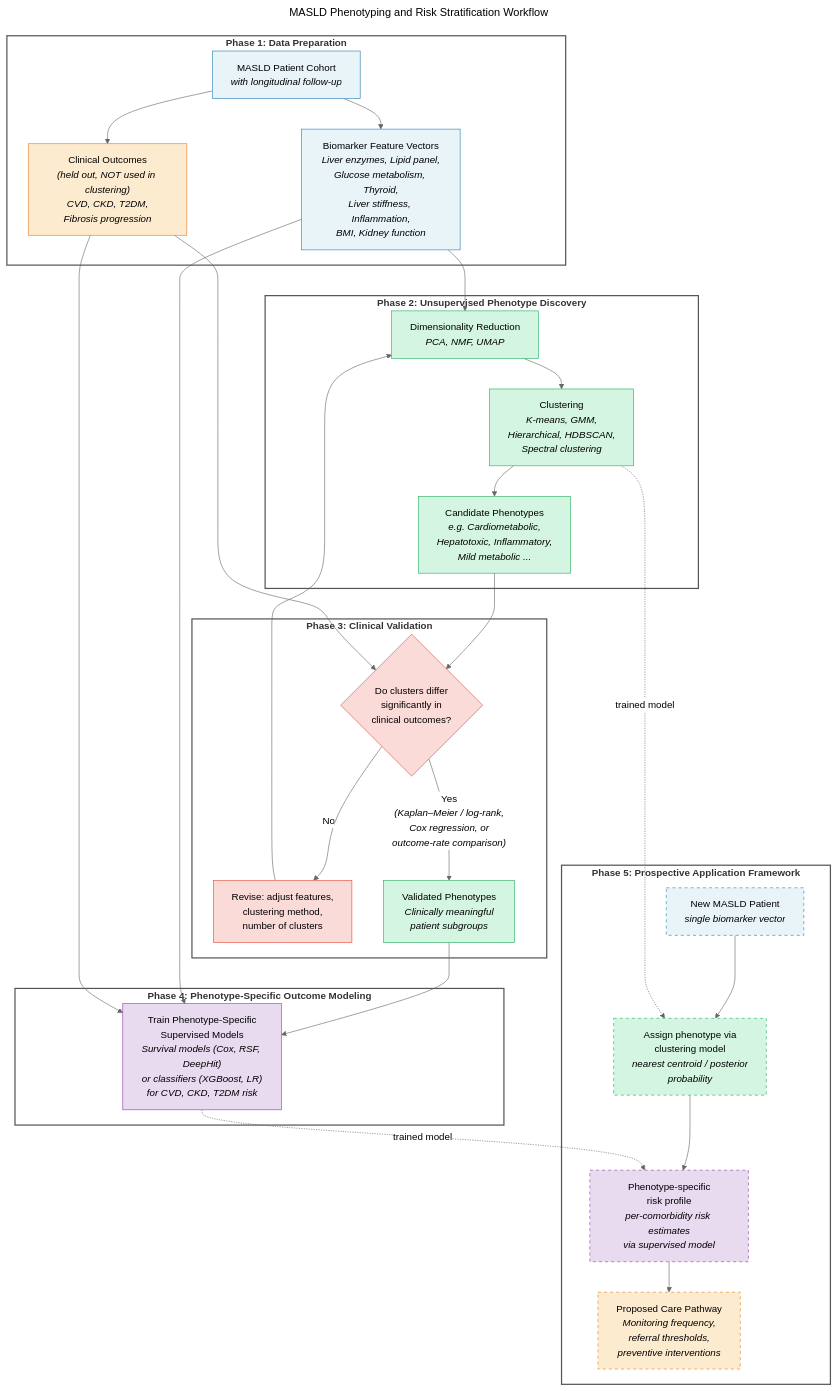
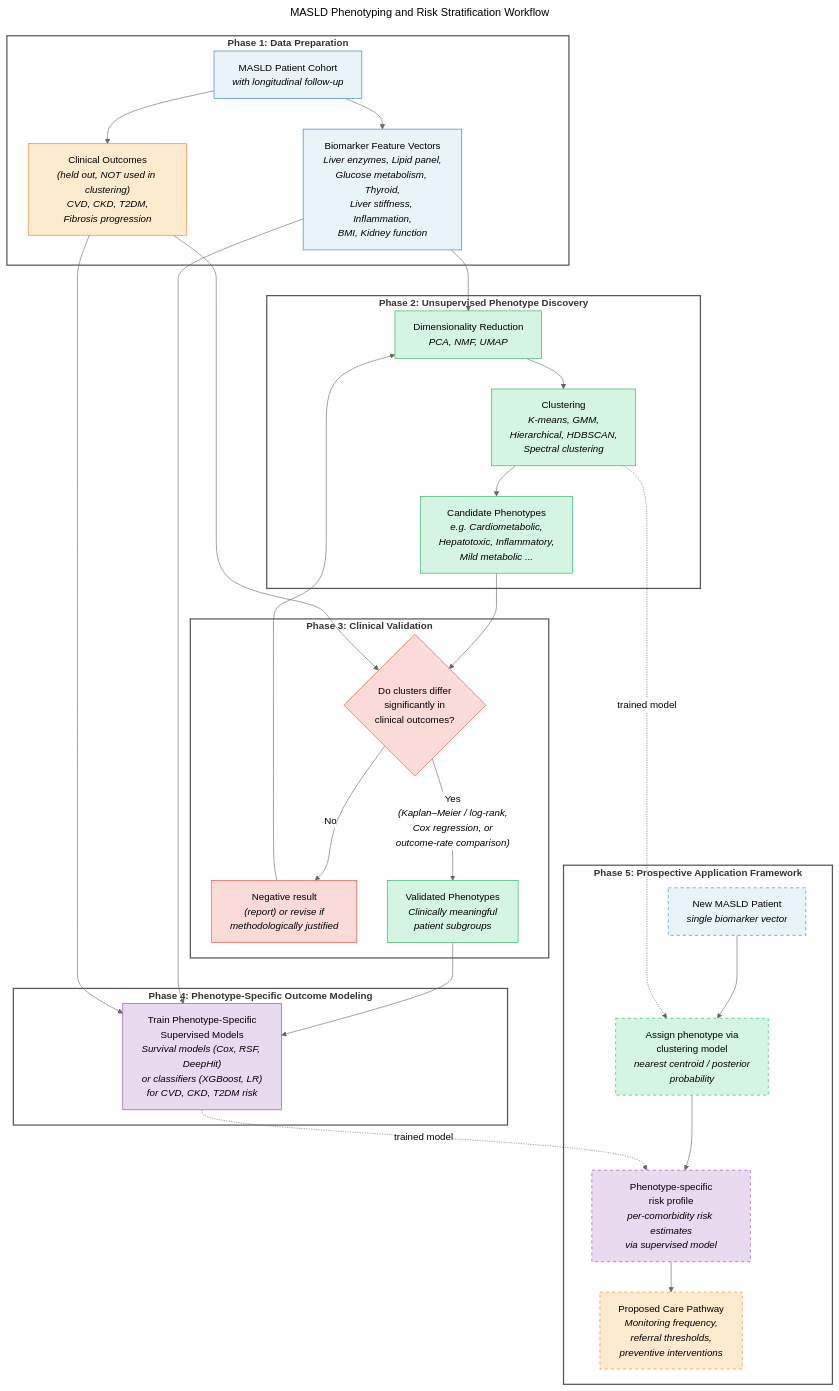
Before and after one commit to jurij-ch/liver_paper_2026: the diagram in masld_workflow_Figure_5.mermaid, drawn with Mermaid (neutral theme). The commit also changed 1 other file, not shown here.

```diff
--- a/masld_workflow_Figure_5.mermaid
+++ b/masld_workflow_Figure_5.mermaid
@@ -1,58 +1,58 @@
 ---
 title: "MASLD Phenotyping and Risk Stratification Workflow"
 ---
 
 flowchart TD
     subgraph Phase1["<b>Phase 1: Data Preparation</b>"]
         A["MASLD Patient Cohort<br/><i>with longitudinal follow-up</i>"] --> B["Biomarker Feature Vectors<br/><i>Liver enzymes, Lipid panel,<br/>Glucose metabolism, Thyroid,<br/>Liver stiffness, Inflammation,<br/>BMI, Kidney function</i>"]
         A --> C["Clinical Outcomes<br/><i>(held out, NOT used in clustering)</i><br/><i>CVD, CKD, T2DM,<br/>Fibrosis progression</i>"]
     end
 
     subgraph Phase2["<b>Phase 2: Unsupervised Phenotype Discovery</b>"]
         B --> D["Dimensionality Reduction<br/><i>PCA, NMF, UMAP</i>"]
         D --> E["Clustering<br/><i>K-means, GMM,<br/>Hierarchical, HDBSCAN,<br/>Spectral clustering</i>"]
         E --> F["Candidate Phenotypes<br/><i>e.g. Cardiometabolic,<br/>Hepatotoxic, Inflammatory,<br/>Mild metabolic ...</i>"]
     end
 
     subgraph Phase3["<b>Phase 3: Clinical Validation</b>"]
         F --> G{"Do clusters differ<br/>significantly in<br/>clinical outcomes?"}
         C --> G
-        G -->|"No"| H["Revise: adjust features,<br/>clustering method,<br/>number of clusters"]
+        G -->|"No"| H["Negative result<br/><i>(report) or revise if<br/>methodologically justified</i>"]
         H --> D
         G -->|"Yes<br/><i>(Kaplan–Meier / log-rank,<br/>Cox regression, or<br/>outcome-rate comparison)</i>"| I["Validated Phenotypes<br/><i>Clinically meaningful<br/>patient subgroups</i>"]
     end
 
     subgraph Phase4["<b>Phase 4: Phenotype-Specific Outcome Modeling</b>"]
         I --> K["Train Phenotype-Specific<br/>Supervised Models<br/><i>Survival models (Cox, RSF, DeepHit)<br/>or classifiers (XGBoost, LR)<br/>for CVD, CKD, T2DM risk</i>"]
         B --> K
         C --> K
     end
 
     subgraph Phase5["<b>Phase 5: Prospective Application Framework</b>"]
         L["New MASLD Patient<br/><i>single biomarker vector</i>"] --> M["Assign phenotype via<br/>clustering model<br/><i>nearest centroid / posterior<br/>probability</i>"]
         E -.->|"trained model"| M
         M --> N["Phenotype-specific<br/>risk profile<br/><i>per-comorbidity risk estimates<br/>via supervised model</i>"]
         K -.->|"trained model"| N
         N --> O["Proposed Care Pathway<br/><i>Monitoring frequency,<br/>referral thresholds,<br/>preventive interventions</i>"]
     end
 
     style Phase1 fill:transparent,stroke:#555,stroke-width:2px
     style Phase2 fill:transparent,stroke:#555,stroke-width:2px
     style Phase3 fill:transparent,stroke:#555,stroke-width:2px
     style Phase4 fill:transparent,stroke:#555,stroke-width:2px
     style Phase5 fill:transparent,stroke:#555,stroke-width:2px
 
     style A fill:#e8f4f8,stroke:#2980b9
     style B fill:#e8f4f8,stroke:#2980b9
     style C fill:#fdebd0,stroke:#e67e22
     style D fill:#d5f5e3,stroke:#27ae60
     style E fill:#d5f5e3,stroke:#27ae60
     style F fill:#d5f5e3,stroke:#27ae60
     style G fill:#fadbd8,stroke:#e74c3c
     style H fill:#fadbd8,stroke:#e74c3c
     style I fill:#d5f5e3,stroke:#27ae60
     style K fill:#e8daef,stroke:#8e44ad
     style L fill:#e8f4f8,stroke:#2980b9,stroke-dasharray: 5 5
     style M fill:#d5f5e3,stroke:#27ae60,stroke-dasharray: 5 5
     style N fill:#e8daef,stroke:#8e44ad,stroke-dasharray: 5 5
     style O fill:#fdebd0,stroke:#e67e22,stroke-dasharray: 5 5
```
